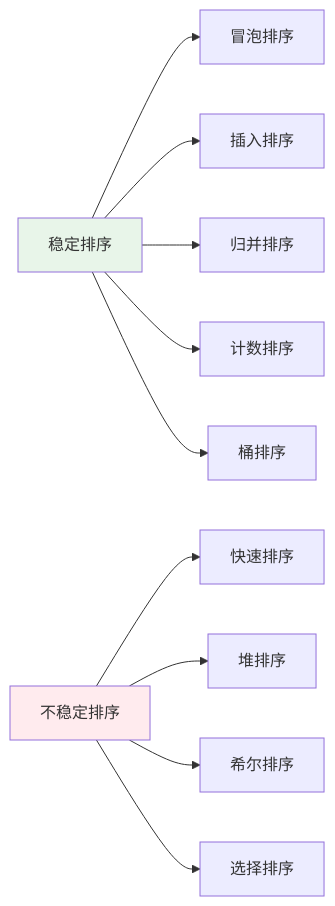
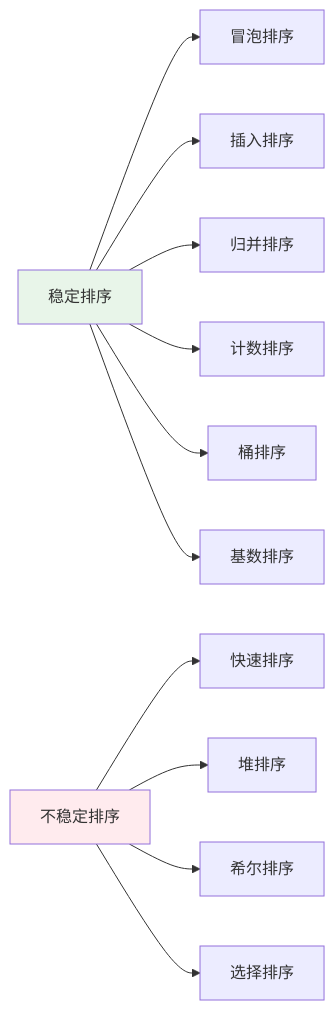
Diagram 12 of 13 in _posts/algorithm/常见排序算法.md (djaigoo/blog), drawn with Mermaid before and after one commit. The commit also changed other lines of this file and 20 other files, not shown here.

````diff
--- a/_posts/algorithm/常见排序算法.md
+++ b/_posts/algorithm/常见排序算法.md
@@ -808,19 +953,20 @@
 ```mermaid
 flowchart LR
     Stable["稳定排序"]
     Unstable["不稳定排序"]
     
     Stable --> S1["冒泡排序"]
     Stable --> S2["插入排序"]
     Stable --> S3["归并排序"]
     Stable --> S4["计数排序"]
     Stable --> S5["桶排序"]
+    Stable --> S6["基数排序"]
     
     Unstable --> U1["快速排序"]
     Unstable --> U2["堆排序"]
     Unstable --> U3["希尔排序"]
     Unstable --> U4["选择排序"]
     
     style Stable fill:#e8f5e9
     style Unstable fill:#ffebee
 ```
````
